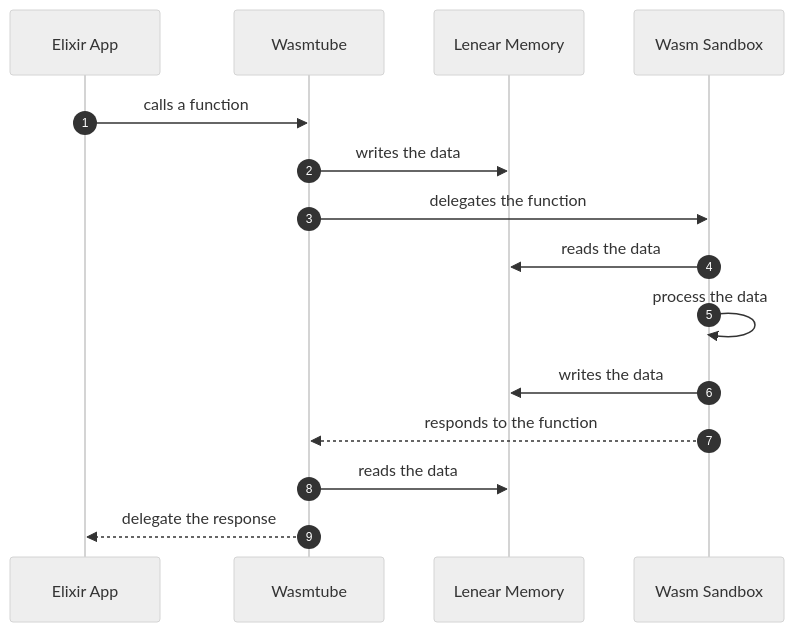
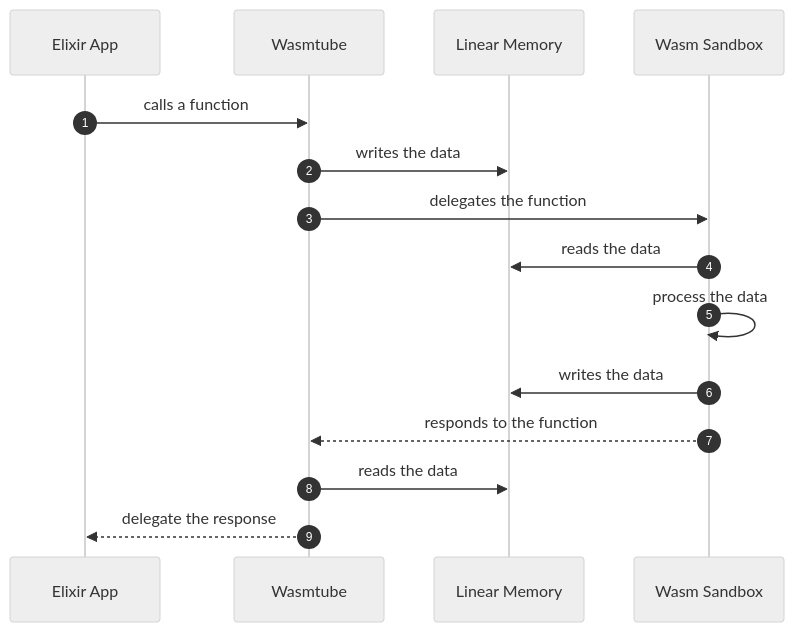
One commit to kentaro/wasmtube changed the second of 3 diagrams in README.md. Above: the diagram before and after it, drawn with Mermaid (neutral theme). The commit also changed other lines of this file, not shown here.

````diff
--- a/README.md
+++ b/README.md
@@ -71,19 +71,19 @@
 ```mermaid
 sequenceDiagram
   autonumber
 
   participant Elixir App
   participant Wasmtube
-  participant Lenear Memory
+  participant Linear Memory
   participant Wasm Sandbox
 
   Elixir App ->> Wasmtube: calls a function
-  Wasmtube ->> Lenear Memory: writes the data
+  Wasmtube ->> Linear Memory: writes the data
   Wasmtube ->> Wasm Sandbox: delegates the function
-  Wasm Sandbox ->> Lenear Memory: reads the data
+  Wasm Sandbox ->> Linear Memory: reads the data
   Wasm Sandbox ->> Wasm Sandbox: process the data
-  Wasm Sandbox ->> Lenear Memory: writes the data
+  Wasm Sandbox ->> Linear Memory: writes the data
   Wasm Sandbox -->> Wasmtube: responds to the function
-  Wasmtube ->> Lenear Memory: reads the data
+  Wasmtube ->> Linear Memory: reads the data
   Wasmtube -->> Elixir App: delegate the response
 ```
````
